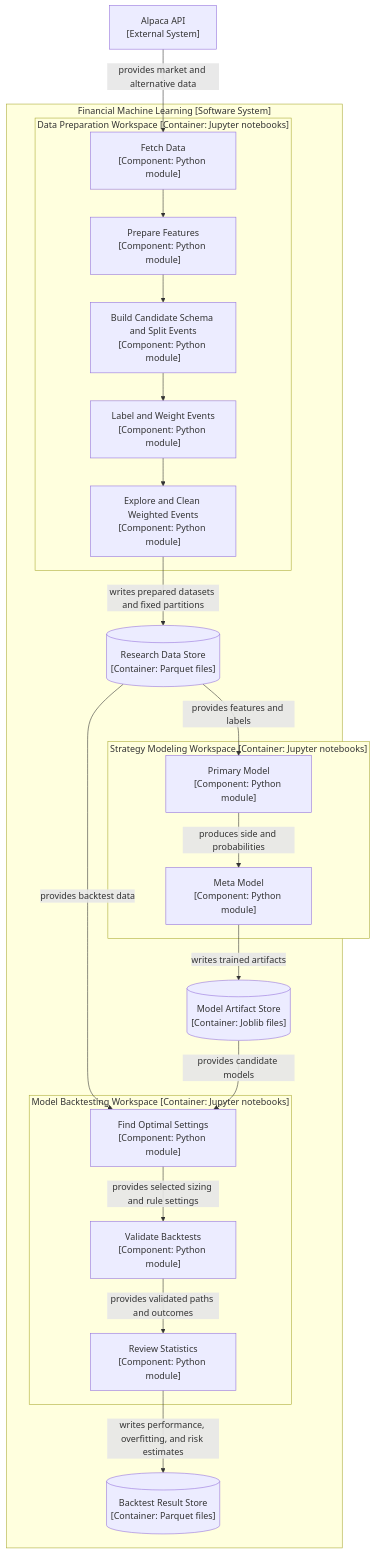
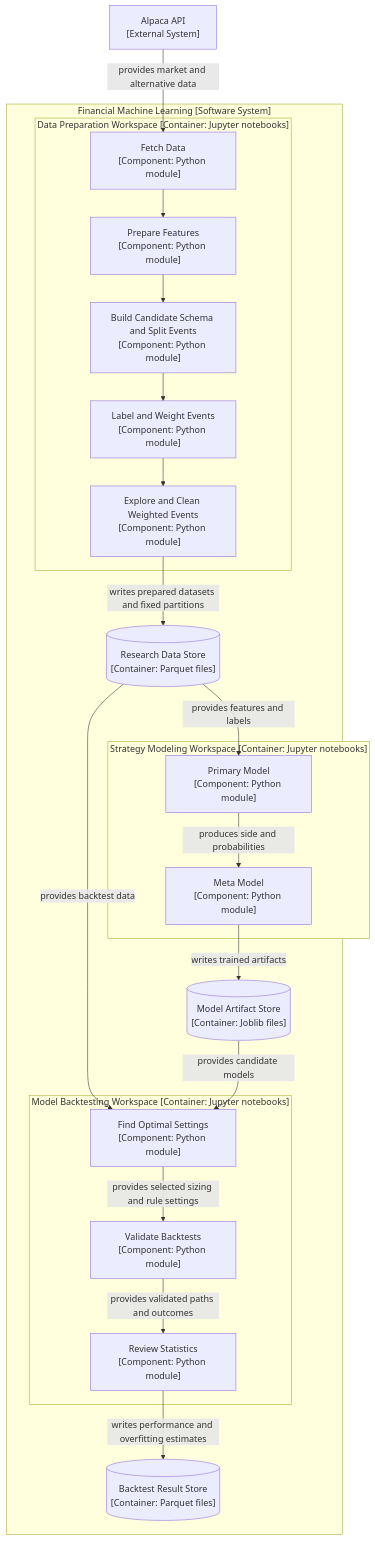
One commit to kwonjunhyuk9/financial-machine-learning changed the third of 3 diagrams in docs/architecture.md. Above: the diagram before and after it, drawn with Mermaid. The commit also changed 29 other files, not shown here.

````diff
--- a/docs/architecture.md
+++ b/docs/architecture.md
@@ -67,45 +67,45 @@
 ```mermaid
 flowchart TD
     alpaca["Alpaca API<br/>[External System]"]
 
     subgraph system["Financial Machine Learning [Software System]"]
         data_store[("Research Data Store<br/>[Container: Parquet files]")]
         model_store[("Model Artifact Store<br/>[Container: Joblib files]")]
         result_store[("Backtest Result Store<br/>[Container: Parquet files]")]
 
         subgraph prep_workspace["Data Preparation Workspace [Container: Jupyter notebooks]"]
             fetch_data["Fetch Data<br/>[Component: Python module]"]
             prepare_data["Prepare Features<br/>[Component: Python module]"]
             split_events["Build Candidate Schema and Split Events<br/>[Component: Python module]"]
             label_events["Label and Weight Events<br/>[Component: Python module]"]
             clean_events["Explore and Clean Weighted Events<br/>[Component: Python module]"]
         end
 
         subgraph strategy_workspace["Strategy Modeling Workspace [Container: Jupyter notebooks]"]
             primary_model["Primary Model<br/>[Component: Python module]"]
             meta_model["Meta Model<br/>[Component: Python module]"]
         end
 
         subgraph backtest_workspace["Model Backtesting Workspace [Container: Jupyter notebooks]"]
             find_settings["Find Optimal Settings<br/>[Component: Python module]"]
             validate_backtests["Validate Backtests<br/>[Component: Python module]"]
             review_statistics["Review Statistics<br/>[Component: Python module]"]
         end
 
     end
 
     alpaca -->|" provides market and alternative data "| fetch_data
     fetch_data --> prepare_data
     prepare_data --> split_events
     split_events --> label_events
     label_events --> clean_events
     clean_events -->|" writes prepared datasets and fixed partitions "| data_store
     data_store -->|" provides features and labels "| primary_model
     primary_model -->|" produces side and probabilities "| meta_model
     meta_model -->|" writes trained artifacts "| model_store
     data_store -->|" provides backtest data "| find_settings
     model_store -->|" provides candidate models "| find_settings
     find_settings -->|" provides selected sizing and rule settings "| validate_backtests
     validate_backtests -->|" provides validated paths and outcomes "| review_statistics
-    review_statistics -->|" writes performance, overfitting, and risk estimates "| result_store
+    review_statistics -->|" writes performance and overfitting estimates "| result_store
 ```
````
